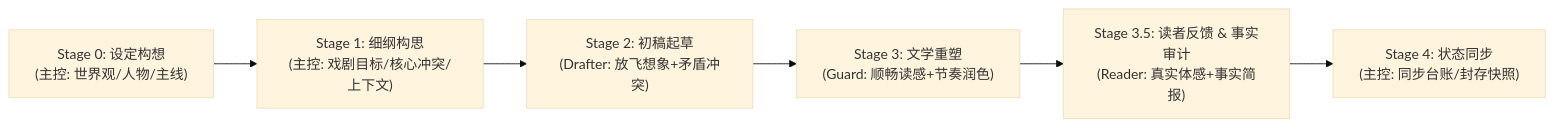
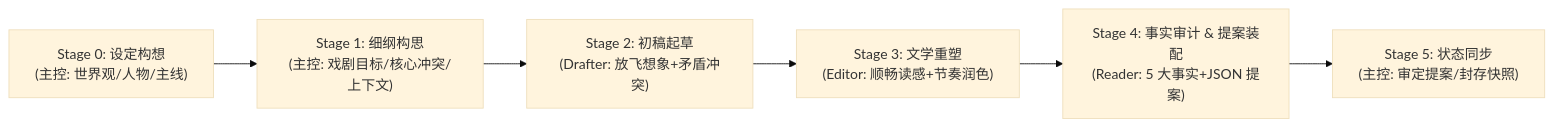
The diagram in AGENTS.md (cg110902/NOVEL), drawn with Mermaid (base theme) before and after one commit. The commit also changed other lines of this file and 23 other files, not shown here.

````diff
--- a/AGENTS.md
+++ b/AGENTS.md
@@ -24,8 +24,8 @@
 ```mermaid
 graph LR
     S0["Stage 0: 设定构想<br/>(主控: 世界观/人物/主线)"] --> S1["Stage 1: 细纲构思<br/>(主控: 戏剧目标/核心冲突/上下文)"]
     S1 --> S2["Stage 2: 初稿起草<br/>(Drafter: 放飞想象+矛盾冲突)"]
-    S2 --> S3["Stage 3: 文学重塑<br/>(Guard: 顺畅读感+节奏润色)"]
-    S3 --> S35["Stage 3.5: 读者反馈 & 事实审计<br/>(Reader: 真实体感+事实简报)"]
-    S35 --> S4["Stage 4: 状态同步<br/>(主控: 同步台账/封存快照)"]
+    S2 --> S3["Stage 3: 文学重塑<br/>(Editor: 顺畅读感+节奏润色)"]
+    S3 --> S4["Stage 4: 事实审计 & 提案装配<br/>(Reader: 5 大事实+JSON 提案)"]
+    S4 --> S5["Stage 5: 状态同步<br/>(主控: 审定提案/封存快照)"]
 ```
````
